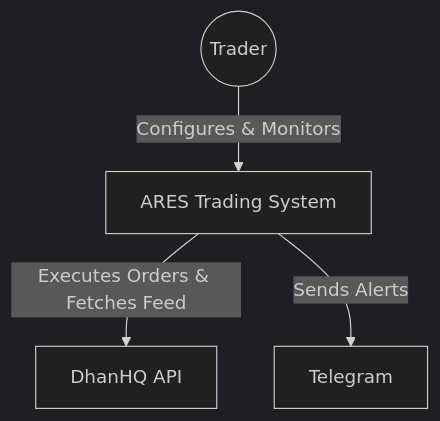
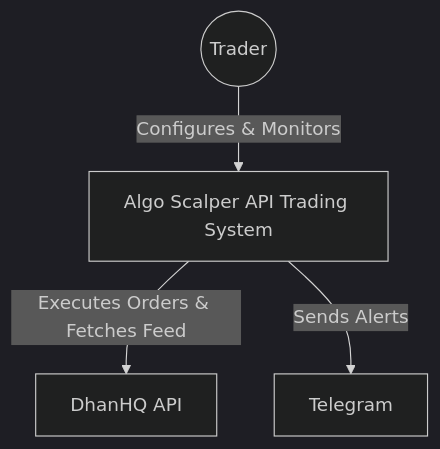
The diagram in docs/architecture/system-context.md (shubhamtaywade82/algo_scalper_api), drawn with Mermaid (dark theme) before and after one commit. The commit also changed other lines of this file and 4 other files, not shown here.

Commit message:
refactor: Rename "ARES" to "Algo Scalper API" across all documentation files.

````diff
--- a/docs/architecture/system-context.md
+++ b/docs/architecture/system-context.md
@@ -8,11 +8,11 @@
 ```mermaid
 flowchart TD
     Trader((Trader))
-    ares[ARES Trading System]
+    ares[Algo Scalper API Trading System]
     dhan[DhanHQ API]
     telegram[Telegram]
 
     Trader -- "Configures & Monitors" --> ares
     ares -- "Executes Orders & Fetches Feed" --> dhan
     ares -- "Sends Alerts" --> telegram
 ```
````
